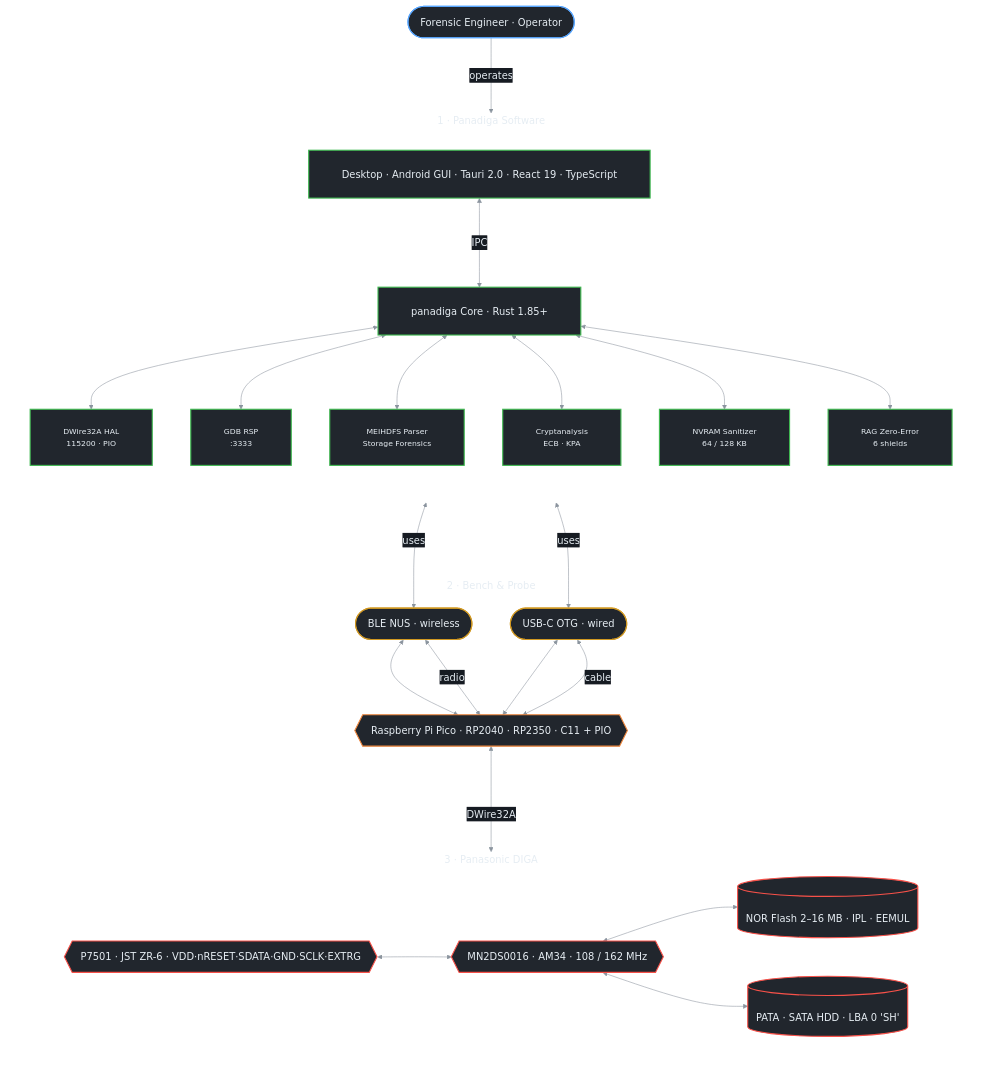
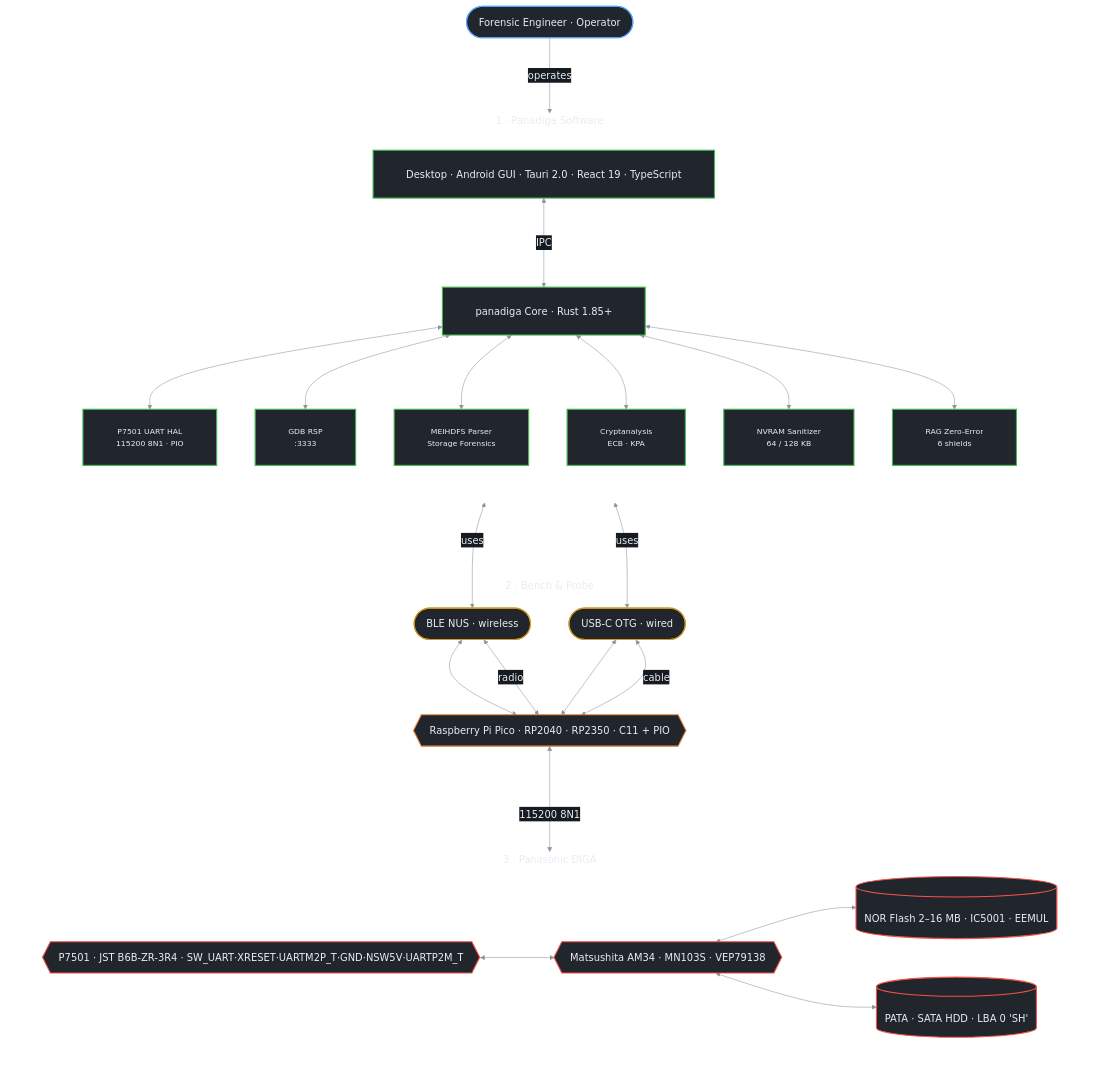
One commit to danielchrono/Panadiga changed the diagram in README.md. Above: the diagram before and after it, drawn with Mermaid. The commit also changed other lines of this file and 775 other files, not shown here.

````diff
--- a/README.md
+++ b/README.md
@@ -41,70 +41,70 @@
 ```mermaid
 %%{init: {'theme':'base','themeCSS':'.edgeLabel span, .edgeLabel div, .edgeLabel p { white-space: nowrap !important; }','themeVariables':{'fontFamily':'ui-monospace, SFMono-Regular, Menlo, monospace','fontSize':'18px','background':'#161b22','primaryColor':'#21262d','primaryTextColor':'#e6edf3','primaryBorderColor':'#484f58','lineColor':'#8b949e','secondaryColor':'#21262d','tertiaryColor':'#21262d','edgeLabelBackground':'#161b22','titleColor':'#e6edf3'},'flowchart':{'htmlLabels':true,'useMaxWidth':false,'wrappingWidth':4000,'nodeSpacing':70,'rankSpacing':110,'curve':'basis','padding':30}}}%%
 flowchart TD
     USER(["Forensic Engineer · Operator"])
 
     subgraph SOFTWARE_SUITE["1 · Panadiga Software"]
         direction TB
         GUI["Desktop · Android GUI · Tauri 2.0 · React 19 · TypeScript"]
         CLI["panadiga Core · Rust 1.85+"]
         GUI <--> |"IPC"| CLI
 
-        DW_HAL["DWire32A HAL<br/>115200 · PIO"]
+        P7501_HAL["P7501 UART HAL<br/>115200 8N1 · PIO"]
         GDB_SRV["GDB RSP<br/>:3333"]
         MEIHDFS["MEIHDFS Parser<br/>Storage Forensics"]
         CRYPTO["Cryptanalysis<br/>ECB · KPA"]
         NVRAM["NVRAM Sanitizer<br/>64 / 128 KB"]
         RAG["RAG Zero-Error<br/>6 shields"]
 
-        CLI <--> DW_HAL
+        CLI <--> P7501_HAL
         CLI <--> GDB_SRV
         CLI <--> MEIHDFS
         CLI <--> CRYPTO
         CLI <--> NVRAM
         CLI <--> RAG
     end
 
     subgraph LAB_BENCH["2 · Bench & Probe"]
         BLE(["BLE NUS · wireless"])
         USB(["USB-C OTG · wired"])
         PICO{{"Raspberry Pi Pico · RP2040 · RP2350 · C11 + PIO"}}
         BLE <--> PICO
         USB <--> PICO
     end
 
     subgraph TARGET_HARDWARE["3 · Panasonic DIGA"]
         direction LR
-        P7501{{"P7501 · JST ZR-6 · VDD·nRESET·SDATA·GND·SCLK·EXTRG"}}
-        AM34{{"MN2DS0016 · AM34 · 108 / 162 MHz"}}
-        FLASH[("NOR Flash 2–16 MB · IPL · EEMUL")]
+        P7501{{"P7501 · JST B6B-ZR-3R4 · SW_UART·XRESET·UARTM2P_T·GND·NSW5V·UARTP2M_T"}}
+        AM34{{"Matsushita AM34 · MN103S · VEP79138"}}
+        FLASH[("NOR Flash 2–16 MB · IC5001 · EEMUL")]
         HDD[("PATA · SATA HDD · LBA 0 'SH'")]
         P7501 <--> AM34
         AM34 <--> FLASH
         AM34 <--> HDD
     end
 
     USER --> |"operates"| GUI
     GUI <--> |"uses"| BLE
     GUI <--> |"uses"| USB
     BLE <--> |"radio"| PICO
     USB <--> |"cable"| PICO
-    PICO <--> |"DWire32A"| P7501
+    PICO <--> |"115200 8N1"| P7501
 
     classDef lab       fill:#21262d,stroke:#58a6ff,color:#e6edf3,stroke-width:2px
     classDef transport fill:#21262d,stroke:#d29922,color:#e6edf3,stroke-width:2px
     classDef probe     fill:#21262d,stroke:#f0883e,color:#e6edf3,stroke-width:2px
     classDef sw        fill:#21262d,stroke:#3fb950,color:#e6edf3,stroke-width:2px
     classDef swc       fill:#21262d,stroke:#3fb950,color:#e6edf3,stroke-width:2px,font-size:14px
     classDef tgt       fill:#21262d,stroke:#f85149,color:#e6edf3,stroke-width:2px
 
     class USER lab
     class GUI,CLI sw
-    class DW_HAL,GDB_SRV,MEIHDFS,CRYPTO,NVRAM,RAG swc
+    class P7501_HAL,GDB_SRV,MEIHDFS,CRYPTO,NVRAM,RAG swc
     class BLE,USB transport
     class PICO probe
     class P7501,AM34,FLASH,HDD tgt
 
     style SOFTWARE_SUITE fill:transparent,stroke-width:0px
     style LAB_BENCH fill:transparent,stroke-width:0px
     style TARGET_HARDWARE fill:transparent,stroke-width:0px
 ```
````
